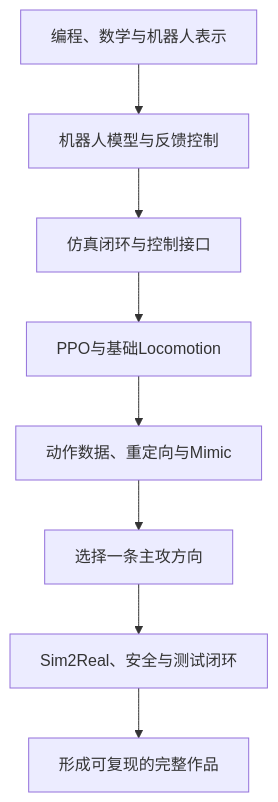
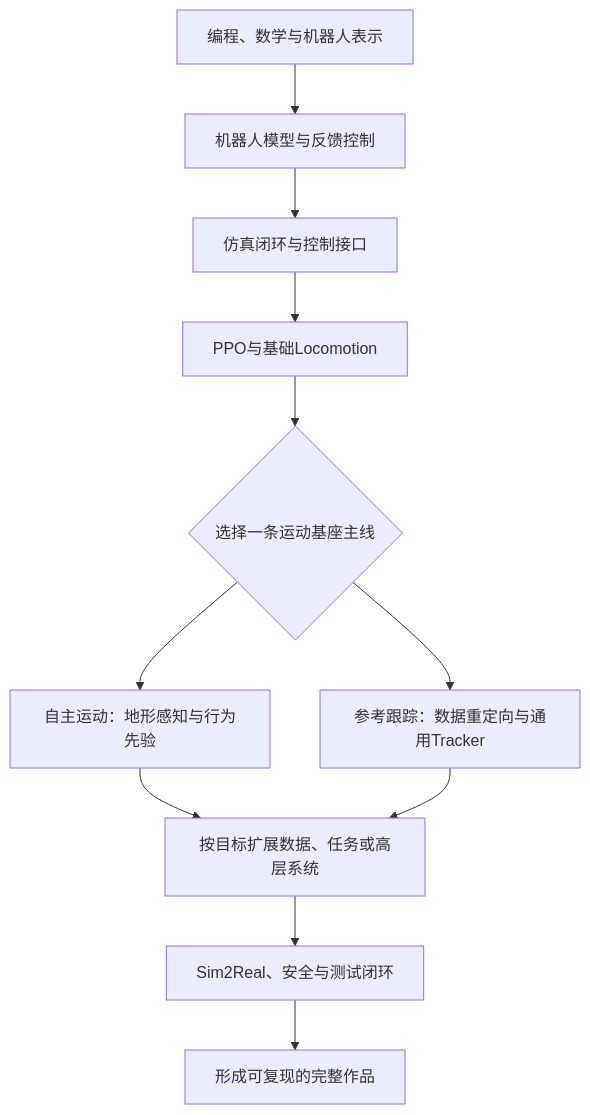
Before and after one commit to RealXiaoze/humanoid-motion-intelligence: the diagram in 技术路线/README.md, drawn with Mermaid. The commit also changed other lines of this file and 17 other files, not shown here.

````diff
--- a/技术路线/README.md
+++ b/技术路线/README.md
@@ -81,10 +81,13 @@
 ```mermaid
 flowchart TB
     A["编程、数学与机器人表示"] --> B["机器人模型与反馈控制"]
     B --> C["仿真闭环与控制接口"]
     C --> D["PPO与基础Locomotion"]
-    D --> E["动作数据、重定向与Mimic"]
-    E --> F["选择一条主攻方向"]
+    D --> E{"选择一条运动基座主线"}
+    E --> E1["自主运动：地形感知与行为先验"]
+    E --> E2["参考跟踪：数据重定向与通用Tracker"]
+    E1 --> F["按目标扩展数据、任务或高层系统"]
+    E2 --> F
     F --> G["Sim2Real、安全与测试闭环"]
     G --> H["形成可复现的完整作品"]
 ```
````
